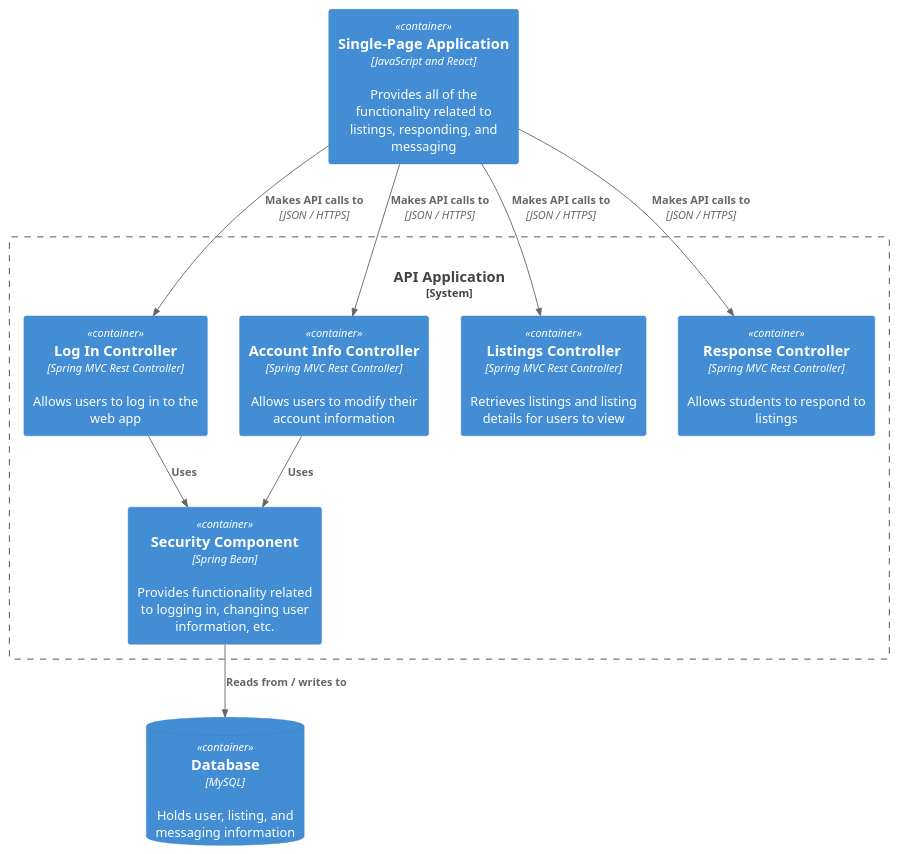
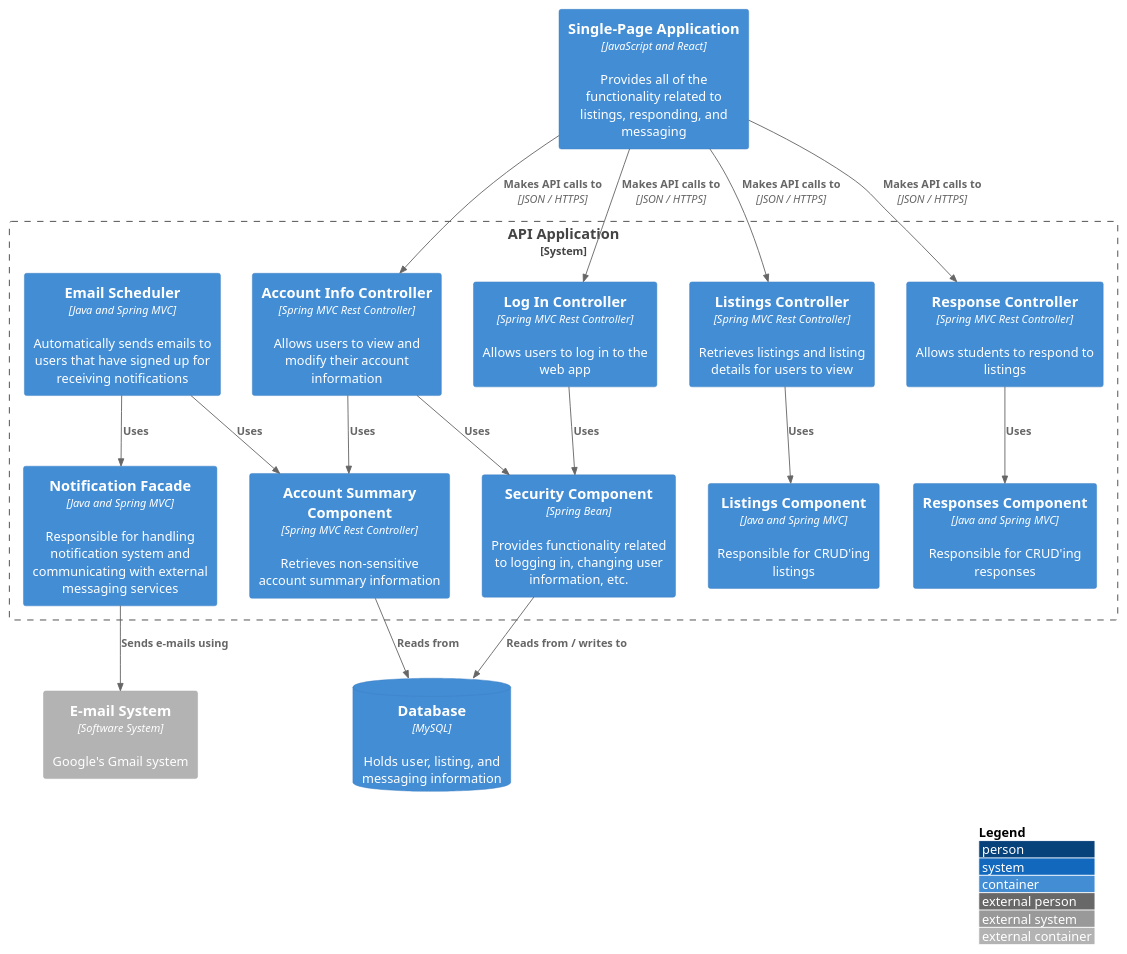
The diagram in docs/uml-diagrams/c3-diagram.puml (lex-kort/s3-roomies-backend), drawn with PlantUML before and after one commit. The commit also changed 3 other files, not shown here.

Commit message:
Update C4 diagrams

```diff
--- a/docs/uml-diagrams/c3-diagram.puml
+++ b/docs/uml-diagrams/c3-diagram.puml
@@ -1,29 +1,44 @@
 @startuml "C3 Diagram"
 !include https://raw.githubusercontent.com/plantuml-stdlib/C4-PlantUML/master/C4_Container.puml
+
+LAYOUT_WITH_LEGEND()
 
 AddRelTag("dashedLine", $lineStyle=DashedLine())
 
 Container(sp_app, "Single-Page Application", "JavaScript and React", "Provides all of the functionality related to listings, responding, and messaging")
 
 System_Boundary(c3, "API Application", "Container"){
+    Container(ctrl_accinfo, "Account Info Controller", "Spring MVC Rest Controller", "Allows users to view and modify their account information")
     Container(ctrl_login, "Log In Controller", "Spring MVC Rest Controller", "Allows users to log in to the web app")
-    Container(comp_security, "Security Component", "Spring Bean", "Provides functionality related to logging in, changing user information, etc.")
-    Container(ctrl_accounts, "Account Info Controller", "Spring MVC Rest Controller", "Allows users to modify their account information")
     Container(ctrl_listings, "Listings Controller", "Spring MVC Rest Controller", "Retrieves listings and listing details for users to view")
     Container(ctrl_respond, "Response Controller", "Spring MVC Rest Controller", "Allows students to respond to listings")
+    Container(comp_security, "Security Component", "Spring Bean", "Provides functionality related to logging in, changing user information, etc.")
+    Container(comp_accsummary, "Account Summary Component", "Spring MVC Rest Controller", "Retrieves non-sensitive account summary information")
+    Container(comp_emailsched, "Email Scheduler", "Java and Spring MVC", "Automatically sends emails to users that have signed up for receiving notifications")
+    Container(comp_notiffacade, "Notification Facade", "Java and Spring MVC", "Responsible for handling notification system and communicating with external messaging services")
+    Container(comp_listings, "Listings Component", "Java and Spring MVC", "Responsible for CRUD'ing listings")
+    Container(comp_responses, "Responses Component", "Java and Spring MVC", "Responsible for CRUD'ing responses")
 }
 
-
 ContainerDb(db, "Database", "MySQL", "Holds user, listing, and messaging information")
+Container_Ext(mail_serv, "E-mail System", "Software System", "Google's Gmail system")
 
 Rel(sp_app, ctrl_login, "Makes API calls to", "JSON / HTTPS")
 Rel(sp_app, ctrl_listings, "Makes API calls to", "JSON / HTTPS")
-Rel(sp_app, ctrl_accounts, "Makes API calls to", "JSON / HTTPS")
+Rel(sp_app, ctrl_accinfo, "Makes API calls to", "JSON / HTTPS")
 Rel(sp_app, ctrl_respond, "Makes API calls to", "JSON / HTTPS")
 
 Rel(ctrl_login, comp_security, "Uses")
-Rel(ctrl_accounts, comp_security, "Uses")
+Rel(ctrl_accinfo, comp_security, "Uses")
+Rel(ctrl_accinfo, comp_accsummary, "Uses")
+Rel(comp_emailsched, comp_accsummary, "Uses")
+Rel(comp_emailsched, comp_notiffacade, "Uses")
+Rel(ctrl_listings, comp_listings, "Uses")
+Rel(ctrl_respond, comp_responses, "Uses")
 
-Rel(comp_security, db, "Reads from / writes to")
+Rel(comp_notiffacade, mail_serv, "Sends e-mails using")
+
+Rel_D(comp_security, db, "Reads from / writes to")
+Rel(comp_accsummary, db, "Reads from")
 
 @enduml
```
